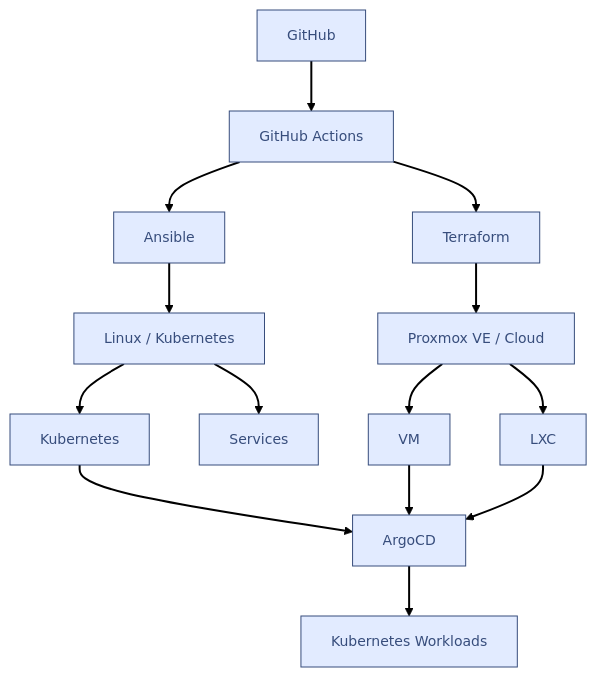
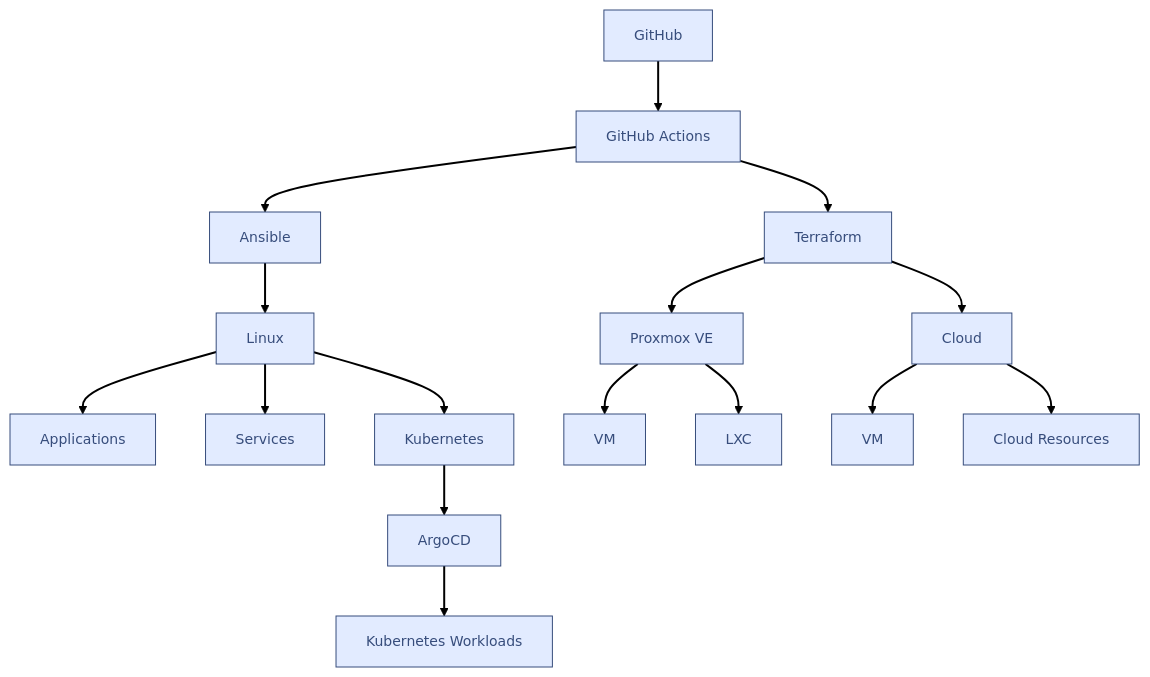
The first of 3 diagrams in README.md (rs235/infrastructure), drawn with Mermaid before and after one commit.

Commit message:
Improved architecture graph

````diff
--- a/README.md
+++ b/README.md
@@ -20,31 +20,34 @@
 ``` mermaid
 ---
 config:
   theme: redux
 ---
 flowchart TB
-    n2["GitHub"] --> n3["GitHub Actions"]
-    n3 --> n4["Terraform"] & n5["Ansible"]
-    n4 --> n6["Proxmox VE / Cloud"]
-    n5 --> n7["Linux / Kubernetes"]
-    n7 --> n8["Kubernetes"] & n10["Services"]
-    n8 --> n9["ArgoCD"]
-    n6 --> n11["VM"] & n12["LXC"]
-    n11 --> n9
-    n12 --> n9
-    n9 --> n13["Kubernetes Workloads"]
+    n1["GitHub"] --> n2["GitHub Actions"]
+    n2 --> n3["Terraform"] & n7["Ansible"]
+    n3 --> n4["Proxmox VE"] & n13["Cloud"]
+    n7 --> n8["Linux"]
+    n8 --> n16["Applications"] & n10["Services"] & n9["Kubernetes"]
+    n9 --> n11["ArgoCD"]
+    n4 --> n5["VM"] & n6["LXC"]
+    n11 --> n12["Kubernetes Workloads"]
+    n13 --> n14["VM"] & n15["Cloud Resources"]
 
+     n1:::Sky
      n2:::Sky
      n3:::Sky
+     n7:::Sky
      n4:::Sky
-     n5:::Sky
-     n6:::Sky
-     n7:::Sky
+     n13:::Sky
      n8:::Sky
      n10:::Sky
      n9:::Sky
+     n16:::Sky
      n11:::Sky
+     n5:::Sky
+     n6:::Sky
      n12:::Sky
-     n13:::Sky
+     n14:::Sky
+     n15:::Sky
     classDef Sky stroke-width:1px, stroke-dasharray:none, stroke:#374D7C, fill:#E2EBFF, color:#374D7C
 ```
````
